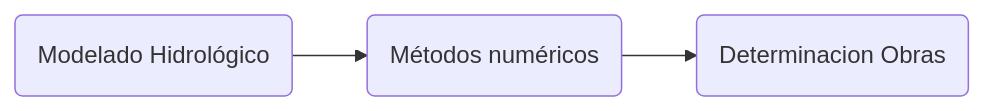
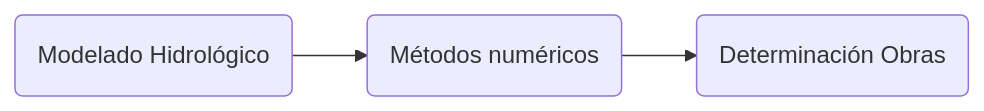
The diagram in content/2023/Mejora sistema de Riego - Iglesia.md (InteraccionConsultora/Proyectos_Interaccion), drawn with Mermaid before and after one commit. The commit also changed other lines of this file and 46 other files, not shown here.

````diff
--- a/content/2023/Mejora sistema de Riego - Iglesia.md
+++ b/content/2023/Mejora sistema de Riego - Iglesia.md
@@ -7,5 +7,5 @@
 ```mermaid
 graph LR
     A(Modelado Hidrológico) --> B(Métodos numéricos)
-    B --> D(Determinacion Obras)
+    B --> D(Determinación Obras)
 ```
````
